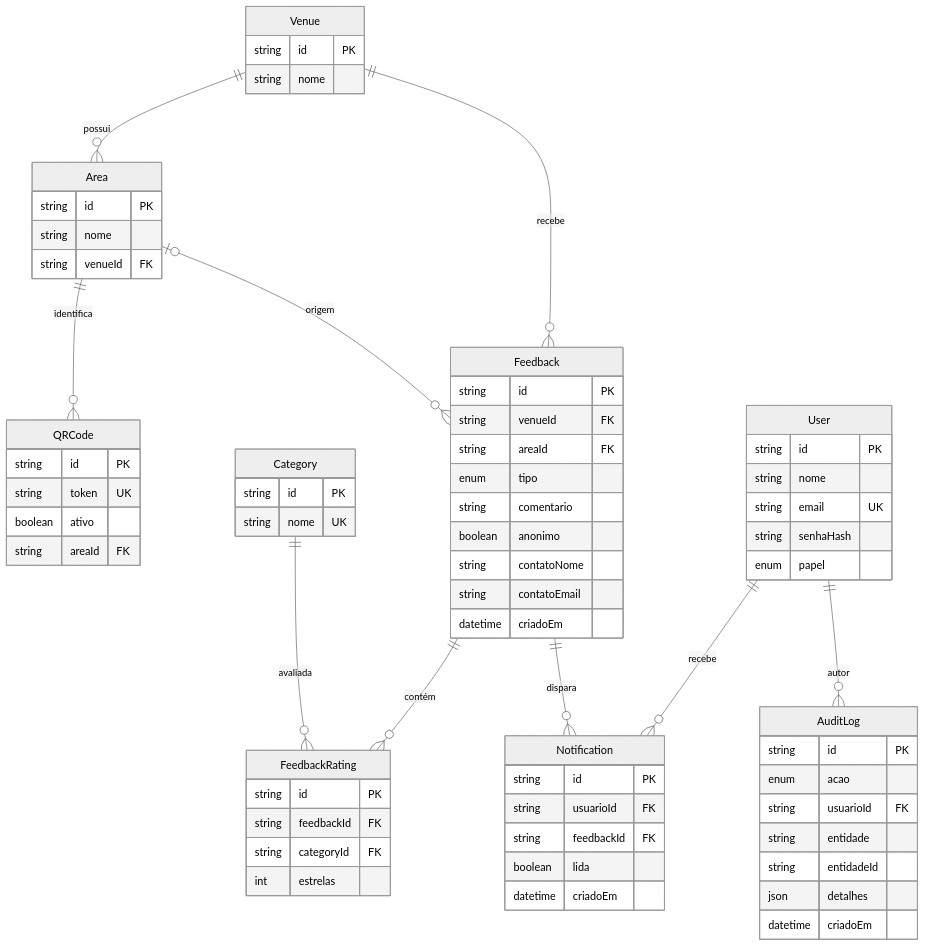
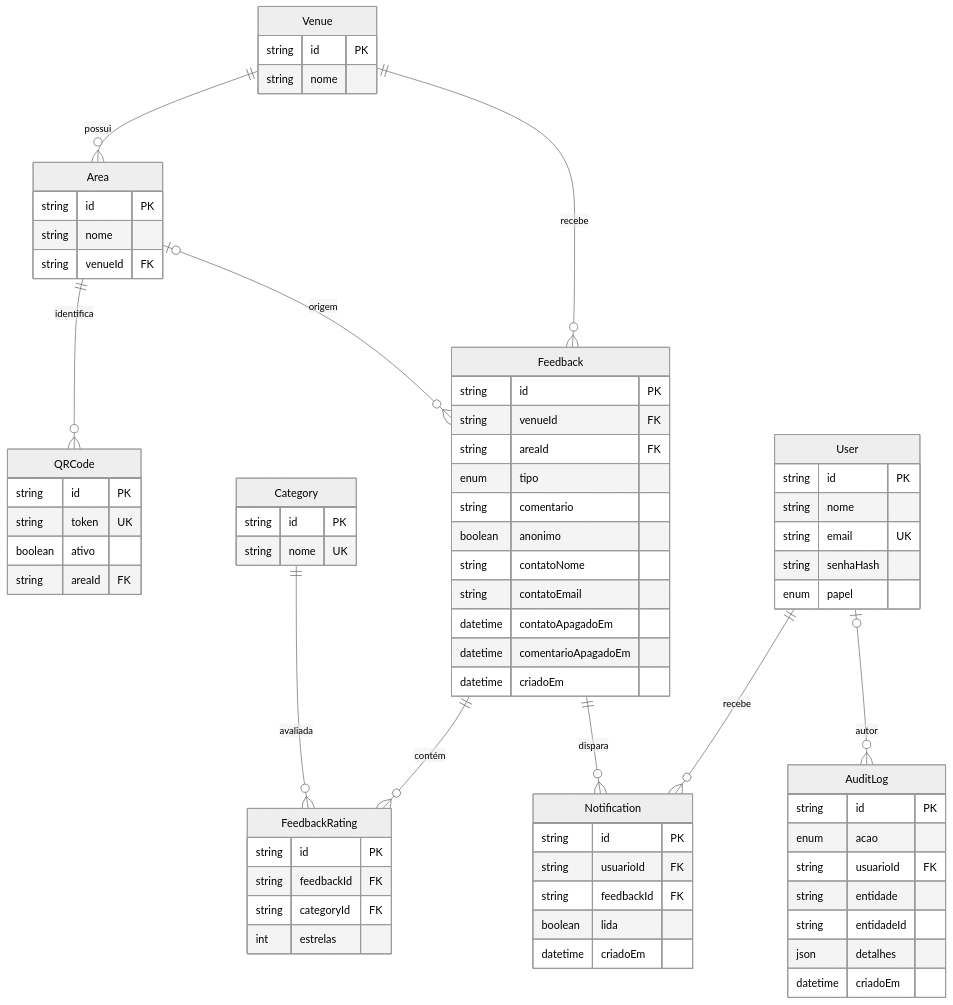
Before and after one commit to mendoncaluucas/ECHO: the diagram in docs/MODELO-DADOS.md, drawn with Mermaid (neutral theme). The commit also changed other lines of this file and 2 other files, not shown here.

````diff
--- a/docs/MODELO-DADOS.md
+++ b/docs/MODELO-DADOS.md
@@ -9,71 +9,73 @@
 ```mermaid
 erDiagram
     Venue    ||--o{ Area           : possui
     Area     ||--o{ QRCode         : identifica
     Venue    ||--o{ Feedback       : recebe
     Area     |o--o{ Feedback       : origem
     Feedback ||--o{ FeedbackRating : contém
     Category ||--o{ FeedbackRating : avaliada
-    User     ||--o{ AuditLog       : autor
+    User     |o--o{ AuditLog       : autor
     User     ||--o{ Notification   : recebe
     Feedback ||--o{ Notification   : dispara
     Notification {
         string   id PK
         string   usuarioId FK
         string   feedbackId FK
         boolean  lida
         datetime criadoEm
     }
     AuditLog {
         string   id PK
         enum     acao
         string   usuarioId FK
         string   entidade
         string   entidadeId
         json     detalhes
         datetime criadoEm
     }
     User     {
         string id PK
         string nome
         string email UK
         string senhaHash
         enum   papel
     }
     Venue {
         string id PK
         string nome
     }
     Area {
         string id PK
         string nome
         string venueId FK
     }
     QRCode {
         string  id PK
         string  token UK
         boolean ativo
         string  areaId FK
     }
     Category {
         string id PK
         string nome UK
     }
     Feedback {
         string   id PK
         string   venueId FK
         string   areaId FK
         enum     tipo
         string   comentario
         boolean  anonimo
         string   contatoNome
         string   contatoEmail
+        datetime contatoApagadoEm
+        datetime comentarioApagadoEm
         datetime criadoEm
     }
     FeedbackRating {
         string id PK
         string feedbackId FK
         string categoryId FK
         int    estrelas
     }
 ```
````
